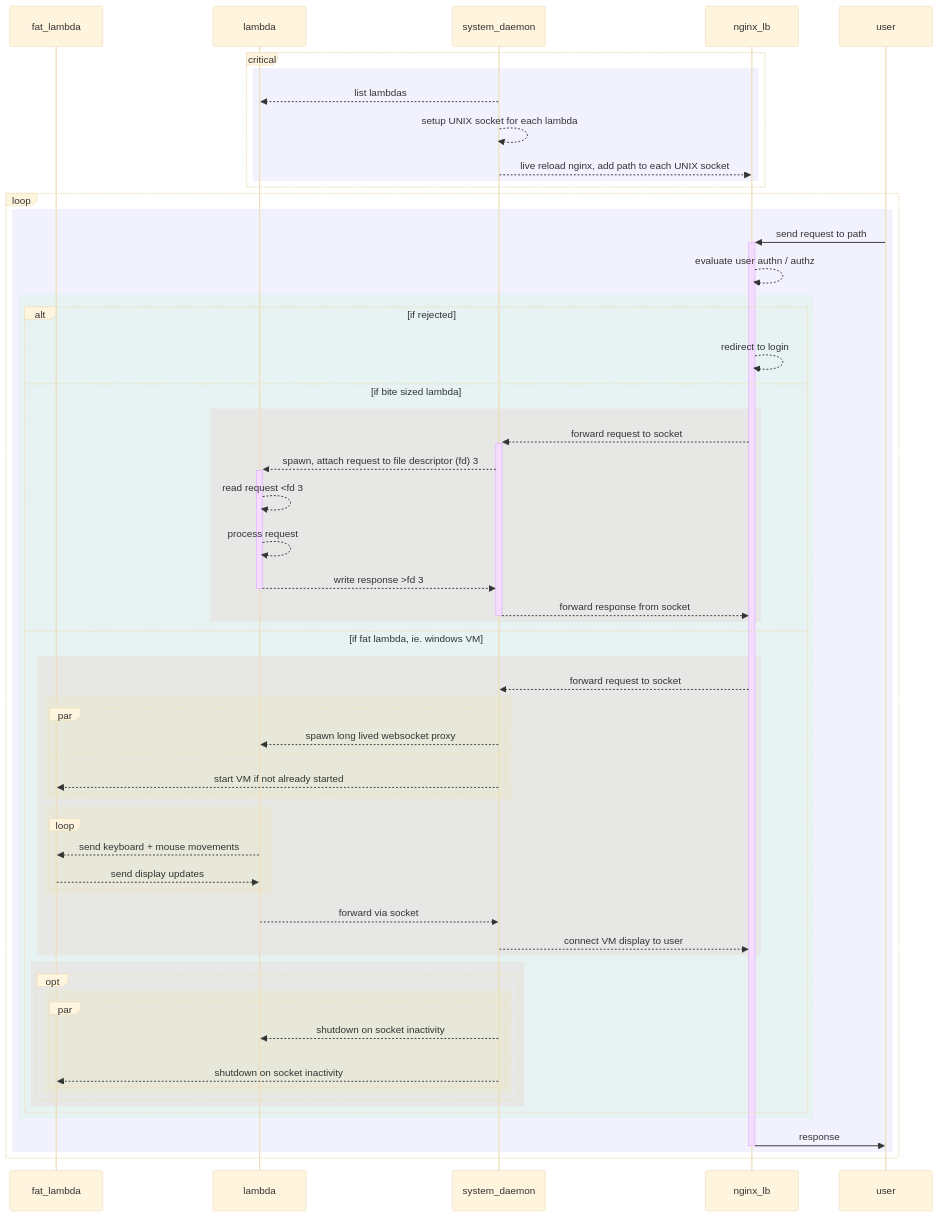
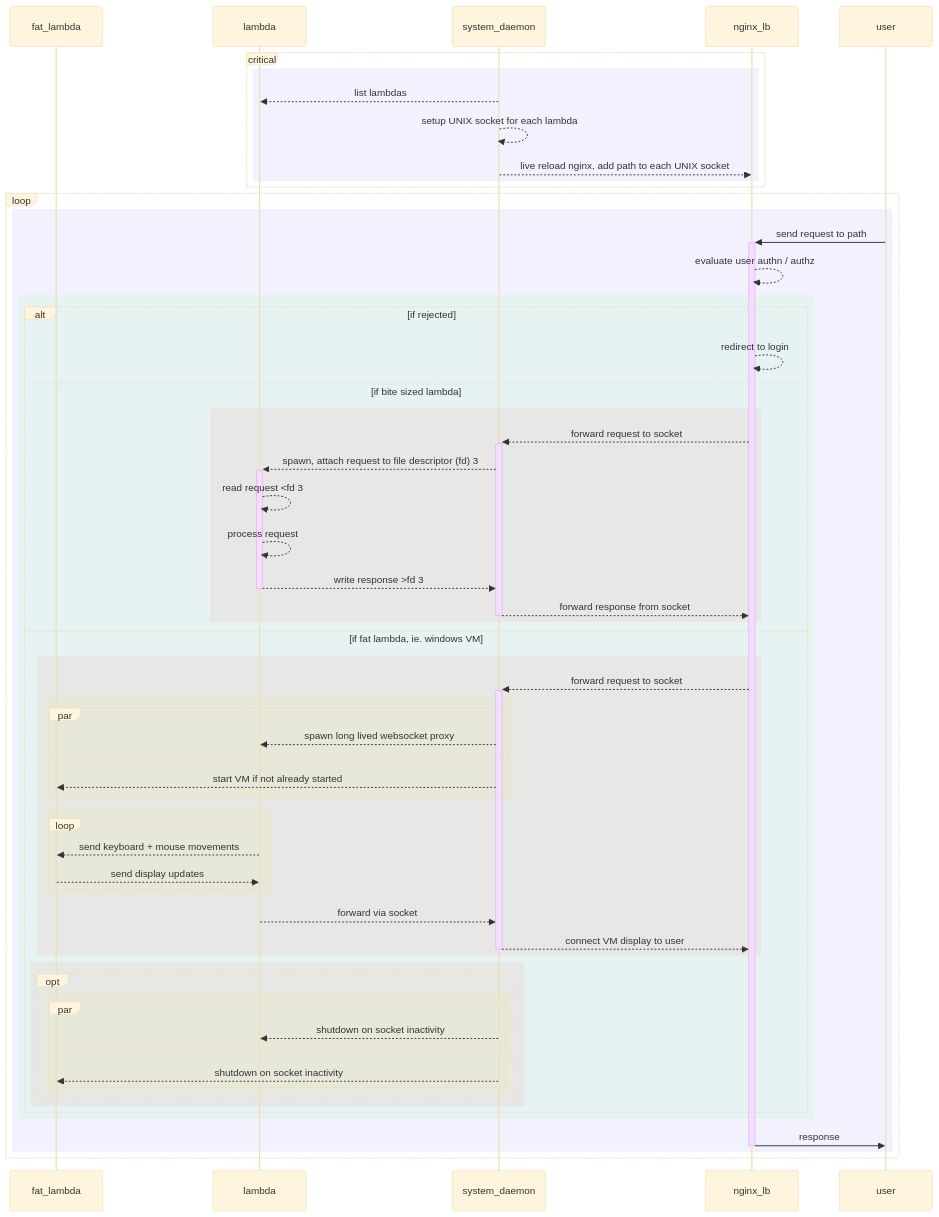
The second of 2 diagrams in README.md (ms-jpq/lab), drawn with Mermaid (base theme) before and after one commit. The commit also changed 2 other files, not shown here.

````diff
--- a/README.md
+++ b/README.md
@@ -131,68 +131,68 @@
 ```mermaid
 sequenceDiagram
   participant fat_lambda
   participant lambda
   participant system_daemon
   participant nginx_lb
   participant user
 
   critical
     rect rgba(0, 0, 255, 0.05)
       system_daemon-->>lambda : list lambdas
       system_daemon-->>system_daemon : setup UNIX socket for each lambda
       system_daemon-->>nginx_lb : live reload nginx, add path to each UNIX socket
     end
   end
 
   loop
     rect rgba(0, 0, 255, 0.05)
       user->>+nginx_lb : send request to path
       nginx_lb-->>nginx_lb : evaluate user authn / authz
       rect rgba(0, 255, 0, 0.05)
         alt if rejected
           nginx_lb-->>nginx_lb : redirect to login
         else if bite sized lambda
           rect rgba(255, 0, 0, 0.05)
             nginx_lb-->>+system_daemon : forward request to socket
             system_daemon-->>+lambda : spawn, attach request to file descriptor (fd) 3
             lambda-->>lambda : read request <fd 3
             lambda-->>lambda : process request
             lambda-->>-system_daemon : write response >fd 3
             system_daemon-->>-nginx_lb : forward response from socket
           end
         else if fat lambda, ie. windows VM
           rect rgba(255, 0, 0, 0.05)
-            nginx_lb-->>system_daemon : forward request to socket
+            nginx_lb-->>+system_daemon : forward request to socket
             rect rgba(255, 255, 0, 0.05)
               par
                 system_daemon-->>lambda : spawn long lived websocket proxy
               and
                 system_daemon-->>fat_lambda : start VM if not already started
               end
             end
             rect rgba(255, 255, 0, 0.05)
               loop
                 lambda-->>fat_lambda : send keyboard + mouse movements
                 fat_lambda-->>lambda : send display updates
               end
             end
             lambda-->>system_daemon : forward via socket
-            system_daemon-->>nginx_lb : connect VM display to user
+            system_daemon-->>-nginx_lb : connect VM display to user
           end
           rect rgba(255, 0, 0, 0.05)
             opt
               rect rgba(255, 255, 0, 0.05)
                 par
                   system_daemon-->>lambda : shutdown on socket inactivity
                 and
                   system_daemon-->>fat_lambda : shutdown on socket inactivity
                 end
               end
             end
           end
         end
       end
       nginx_lb->>-user : response
     end
   end
 ```
````
